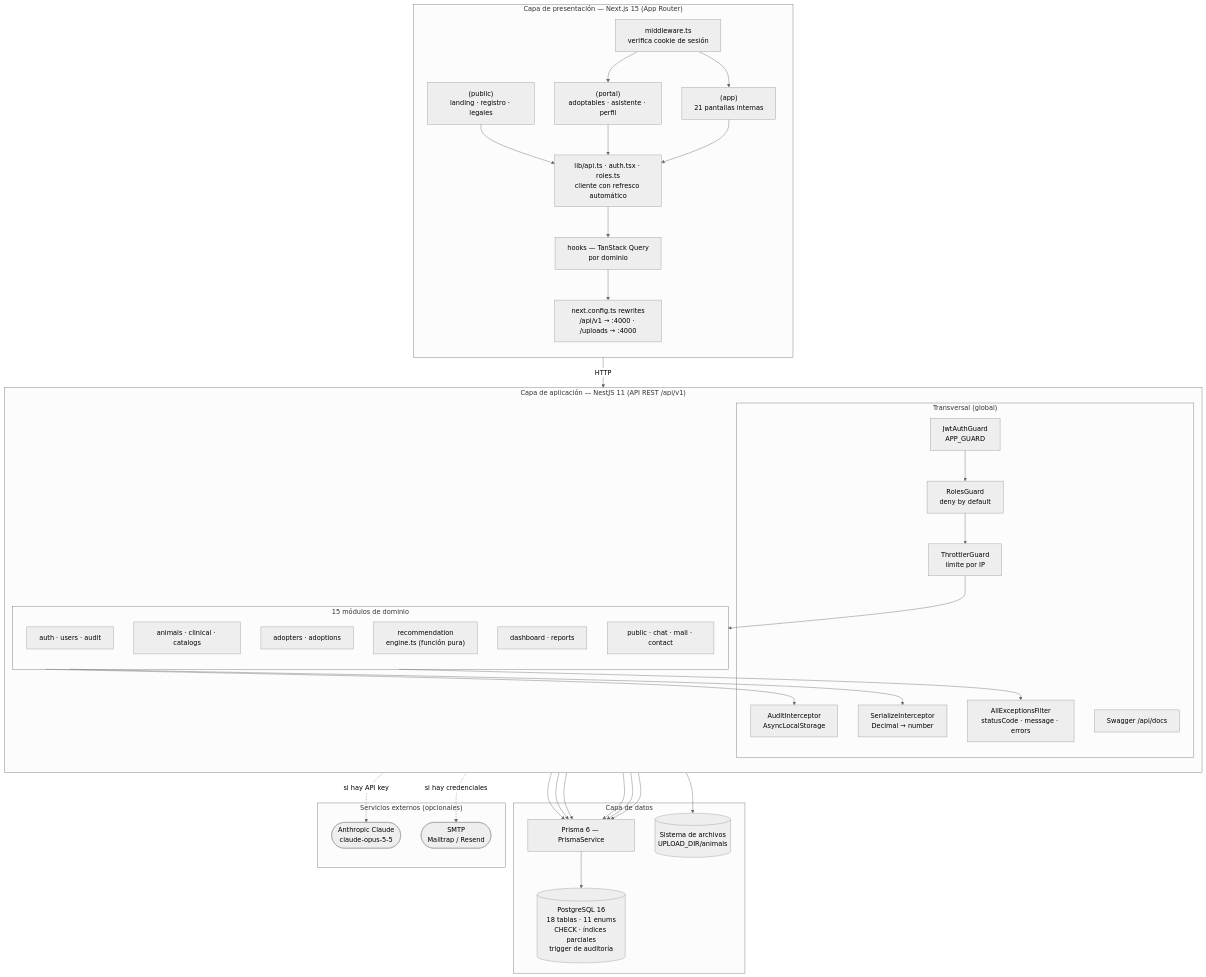
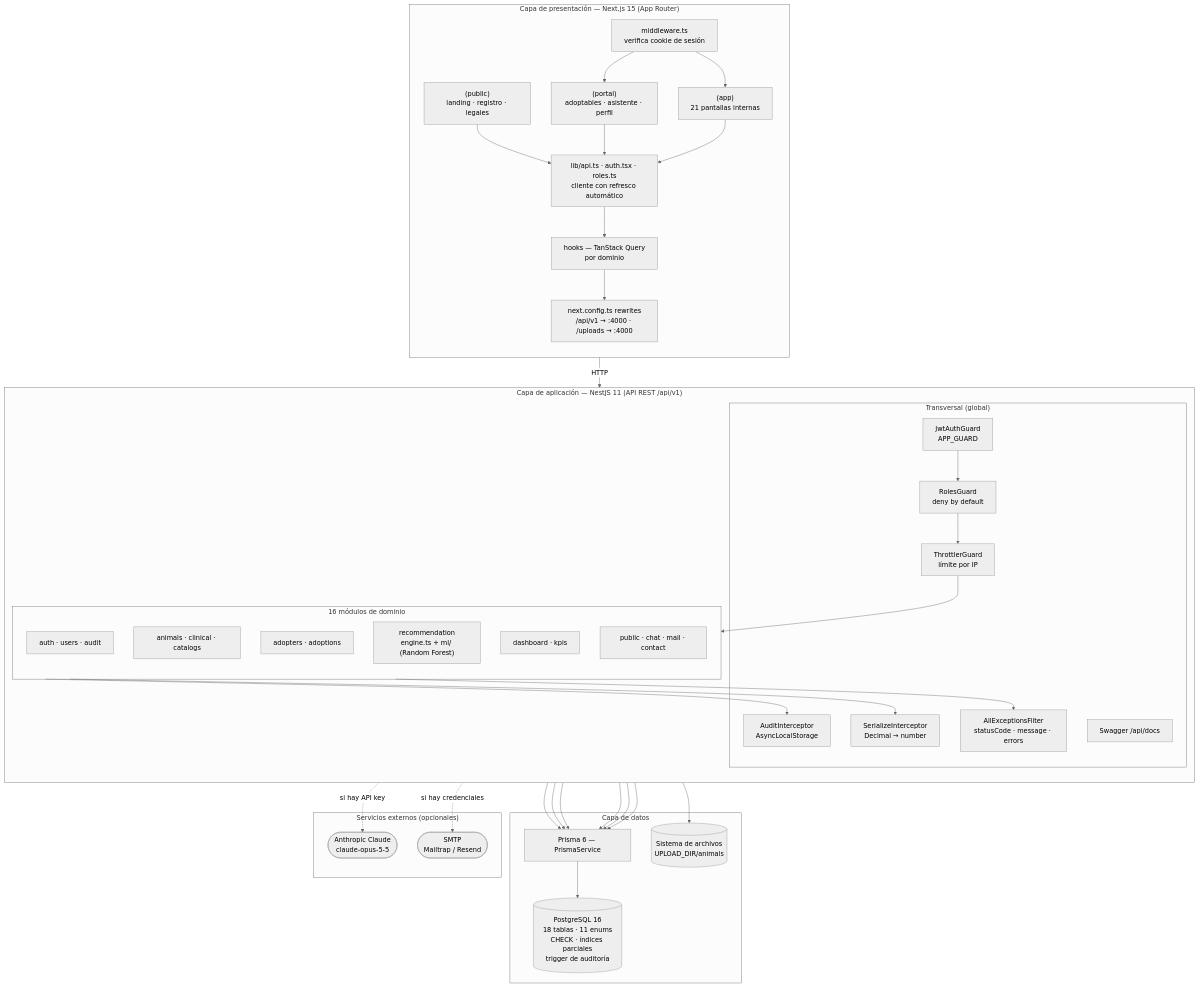
Diagram 17 of 17 in scrum.md (JulioCesarTA/adopcion), drawn with Mermaid (neutral theme) before and after one commit. The commit also changed other lines of this file and 1 other file, not shown here.

````diff
--- a/scrum.md
+++ b/scrum.md
@@ -2450,70 +2497,70 @@
 ```mermaid
 graph TB
   subgraph PRES["Capa de presentación — Next.js 15 (App Router)"]
     direction TB
     R1["(public)<br/>landing · registro · legales"]
     R2["(portal)<br/>adoptables · asistente · perfil"]
     R3["(app)<br/>21 pantallas internas"]
     MW["middleware.ts<br/>verifica cookie de sesión"]
     LIB["lib/api.ts · auth.tsx · roles.ts<br/>cliente con refresco automático"]
     HOOKS["hooks — TanStack Query<br/>por dominio"]
     PROXY["next.config.ts rewrites<br/>/api/v1 → :4000 · /uploads → :4000"]
   end
 
   subgraph APP["Capa de aplicación — NestJS 11 (API REST /api/v1)"]
     direction TB
     subgraph CROSS["Transversal (global)"]
       G1["JwtAuthGuard<br/>APP_GUARD"]
       G2["RolesGuard<br/>deny by default"]
       G3["ThrottlerGuard<br/>límite por IP"]
       I1["AuditInterceptor<br/>AsyncLocalStorage"]
       I2["SerializeInterceptor<br/>Decimal → number"]
       F1["AllExceptionsFilter<br/>statusCode · message · errors"]
       SW["Swagger /api/docs"]
     end
-    subgraph MODS["15 módulos de dominio"]
+    subgraph MODS["16 módulos de dominio"]
       M1["auth · users · audit"]
       M2["animals · clinical · catalogs"]
       M3["adopters · adoptions"]
-      M4["recommendation<br/>engine.ts (función pura)"]
-      M5["dashboard · reports"]
+      M4["recommendation<br/>engine.ts + ml/ (Random Forest)"]
+      M5["dashboard · kpis"]
       M6["public · chat · mail · contact"]
     end
   end
 
   subgraph DATA["Capa de datos"]
     PRISMA["Prisma 6 — PrismaService"]
     PG[("PostgreSQL 16<br/>18 tablas · 11 enums<br/>CHECK · índices parciales<br/>trigger de auditoría")]
     FILES[("Sistema de archivos<br/>UPLOAD_DIR/animals")]
   end
 
   subgraph EXT["Servicios externos (opcionales)"]
     CLAUDE(["Anthropic Claude<br/>claude-opus-5-5"])
     SMTP(["SMTP<br/>Mailtrap / Resend"])
   end
 
   R1 --> LIB
   R2 --> LIB
   R3 --> LIB
   MW --> R2
   MW --> R3
   LIB --> HOOKS
   HOOKS --> PROXY
   PROXY -->|HTTP| G1
   G1 --> G2
   G2 --> G3
   G3 --> MODS
   MODS --> I1
   MODS --> I2
   MODS --> F1
   M1 --> PRISMA
   M2 --> PRISMA
   M3 --> PRISMA
   M4 --> PRISMA
   M5 --> PRISMA
   M6 --> PRISMA
   M2 --> FILES
   M6 -.->|si hay API key| CLAUDE
   M6 -.->|si hay credenciales| SMTP
   PRISMA --> PG
 ```
````
